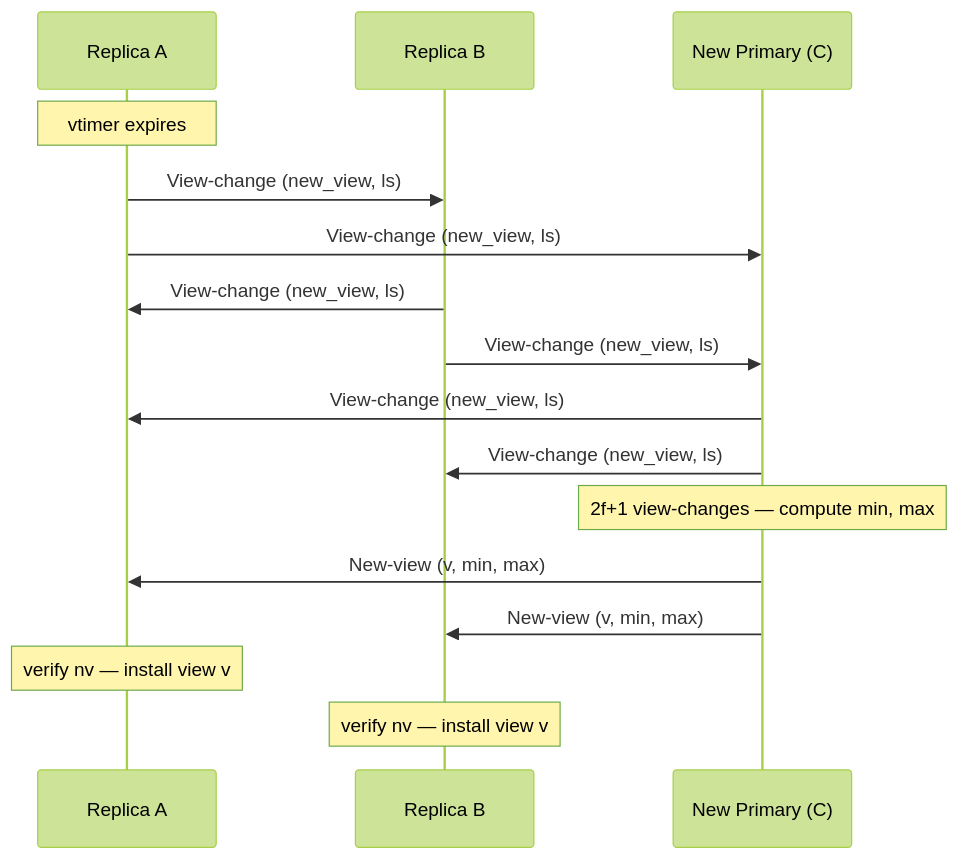
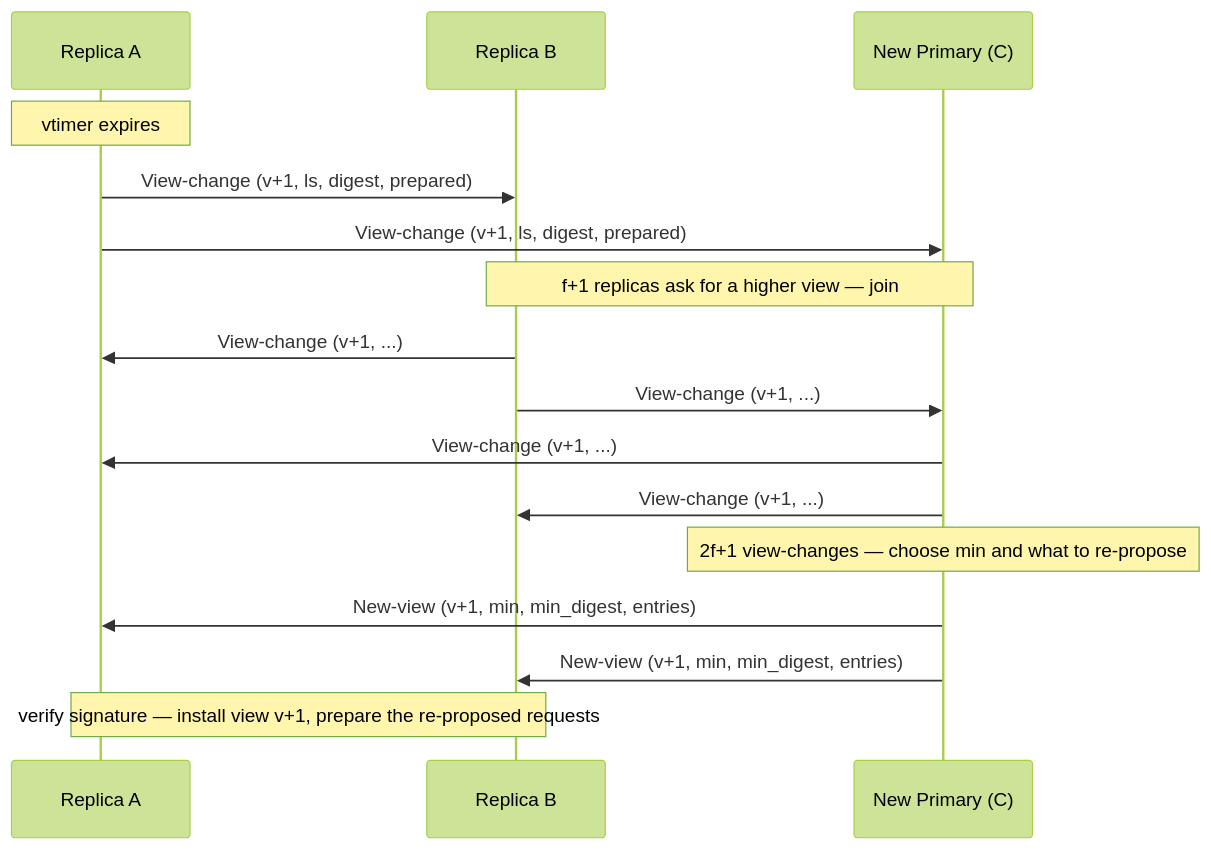
One commit to CAMT-Web3-Club/esp-tinybft changed the fourth of 4 diagrams in docs/ARCHITECTURE.md. Above: the diagram before and after it, drawn with Mermaid (forest theme). The commit also changed other lines of this file and 3 other files, not shown here.

````diff
--- a/docs/ARCHITECTURE.md
+++ b/docs/ARCHITECTURE.md
@@ -951,19 +991,19 @@
 ```mermaid
 sequenceDiagram
     participant A as Replica A
     participant B as Replica B
     participant NP as New Primary (C)
 
     Note over A: vtimer expires
-    A->>B: View-change (new_view, ls)
-    A->>NP: View-change (new_view, ls)
-    B->>A: View-change (new_view, ls)
-    B->>NP: View-change (new_view, ls)
-    NP->>A: View-change (new_view, ls)
-    NP->>B: View-change (new_view, ls)
-    Note over NP: 2f+1 view-changes — compute min, max
-    NP->>A: New-view (v, min, max)
-    NP->>B: New-view (v, min, max)
-    Note over A: verify nv — install view v
-    Note over B: verify nv — install view v
+    A->>B: View-change (v+1, ls, digest, prepared)
+    A->>NP: View-change (v+1, ls, digest, prepared)
+    Note over B,NP: f+1 replicas ask for a higher view — join
+    B->>A: View-change (v+1, ...)
+    B->>NP: View-change (v+1, ...)
+    NP->>A: View-change (v+1, ...)
+    NP->>B: View-change (v+1, ...)
+    Note over NP: 2f+1 view-changes — choose min and what to re-propose
+    NP->>A: New-view (v+1, min, min_digest, entries)
+    NP->>B: New-view (v+1, min, min_digest, entries)
+    Note over A,B: verify signature — install view v+1, prepare the re-proposed requests
 ```
````
